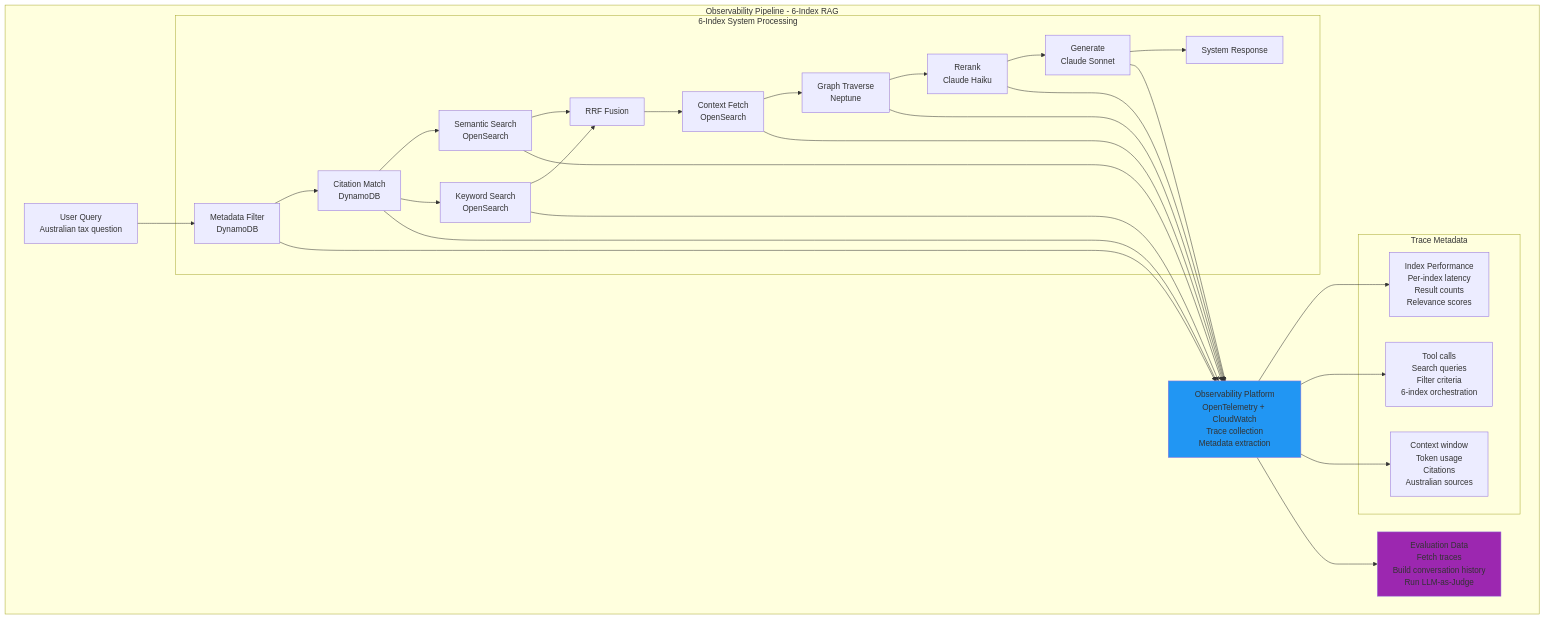
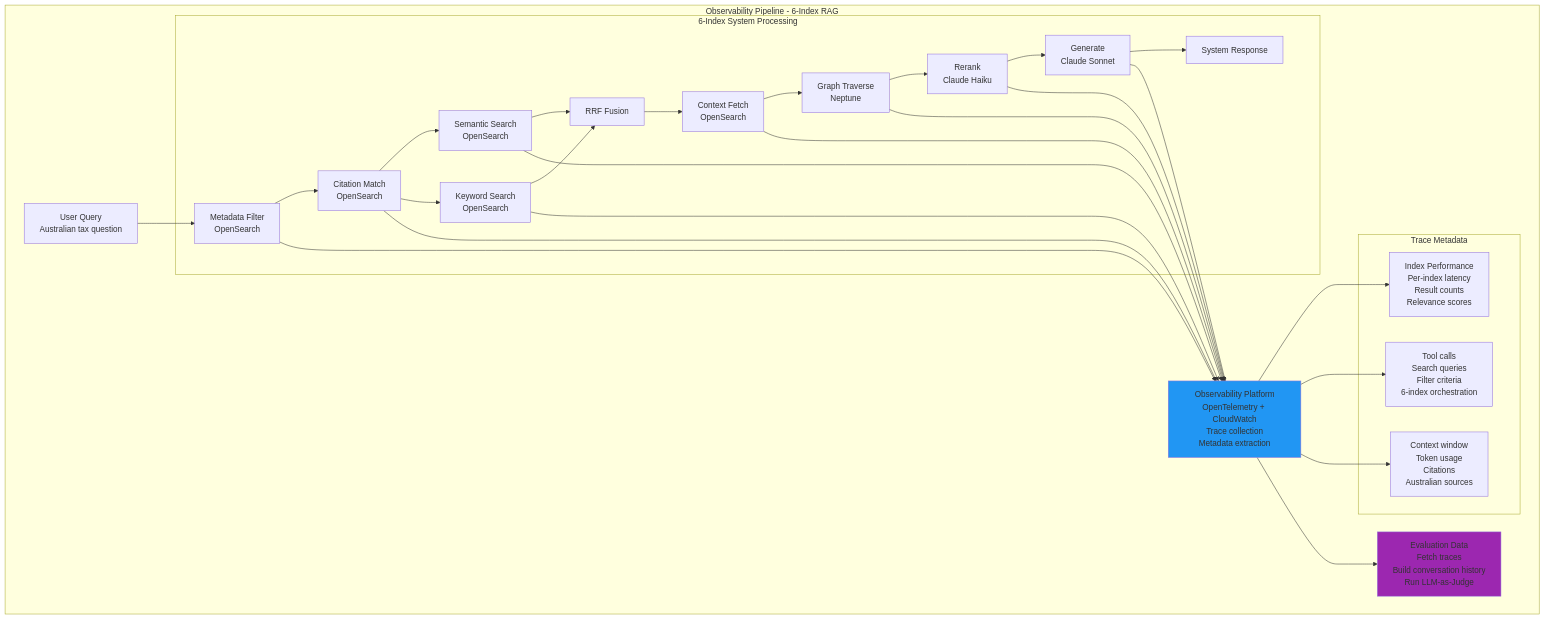
One commit to anguyenbus/case_chat changed the eighth of 10 diagrams in case_assistant/system_design/05-evaluation-strategy.md. Above: the diagram before and after it, drawn with Mermaid. The commit also changed other lines of this file, not shown here.

````diff
--- a/case_assistant/system_design/05-evaluation-strategy.md
+++ b/case_assistant/system_design/05-evaluation-strategy.md
@@ -565,59 +565,59 @@
 ```mermaid
 graph TB
     subgraph "Observability Pipeline - 6-Index RAG"
         QUERY[User Query<br/>Australian tax question]
 
         subgraph "6-Index System Processing"
-            META[Metadata Filter<br/>DynamoDB]
-            CIT[Citation Match<br/>DynamoDB]
+            META[Metadata Filter<br/>OpenSearch]
+            CIT[Citation Match<br/>OpenSearch]
             SEM[Semantic Search<br/>OpenSearch]
             KW[Keyword Search<br/>OpenSearch]
             CTX[Context Fetch<br/>OpenSearch]
             GRAPH[Graph Traverse<br/>Neptune]
             FUSION[RRF Fusion]
             RERANK[Rerank<br/>Claude Haiku]
             LLMM[Generate<br/>Claude Sonnet]
             RESPONSE[System Response]
         end
 
         TRACE[Observability Platform<br/>OpenTelemetry + CloudWatch<br/>Trace collection<br/>Metadata extraction]
 
         subgraph "Trace Metadata"
             META_INDEX[Index Performance<br/>Per-index latency<br/>Result counts<br/>Relevance scores]
             META_TOOLS[Tool calls<br/>Search queries<br/>Filter criteria<br/>6-index orchestration]
             META_CONTEXT[Context window<br/>Token usage<br/>Citations<br/>Australian sources]
         end
 
         EVAL[Evaluation Data<br/>Fetch traces<br/>Build conversation history<br/>Run LLM-as-Judge]
     end
 
     QUERY --> META
     META --> CIT
     CIT --> SEM
     CIT --> KW
     SEM --> FUSION
     KW --> FUSION
     FUSION --> CTX
     CTX --> GRAPH
     GRAPH --> RERANK
     RERANK --> LLMM
     LLMM --> RESPONSE
 
     META --> TRACE
     CIT --> TRACE
     SEM --> TRACE
     KW --> TRACE
     CTX --> TRACE
     GRAPH --> TRACE
     RERANK --> TRACE
     LLMM --> TRACE
 
     TRACE --> META_INDEX
     TRACE --> META_TOOLS
     TRACE --> META_CONTEXT
 
     TRACE --> EVAL
 
     style TRACE fill:#2196F3
     style EVAL fill:#9C27B0
 ```
````
